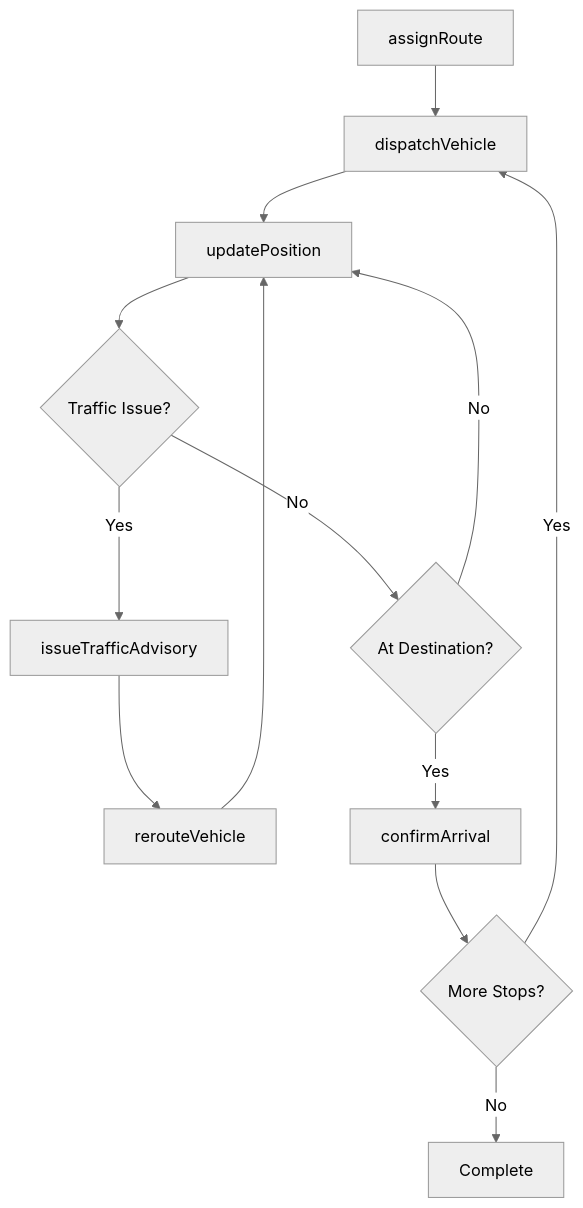
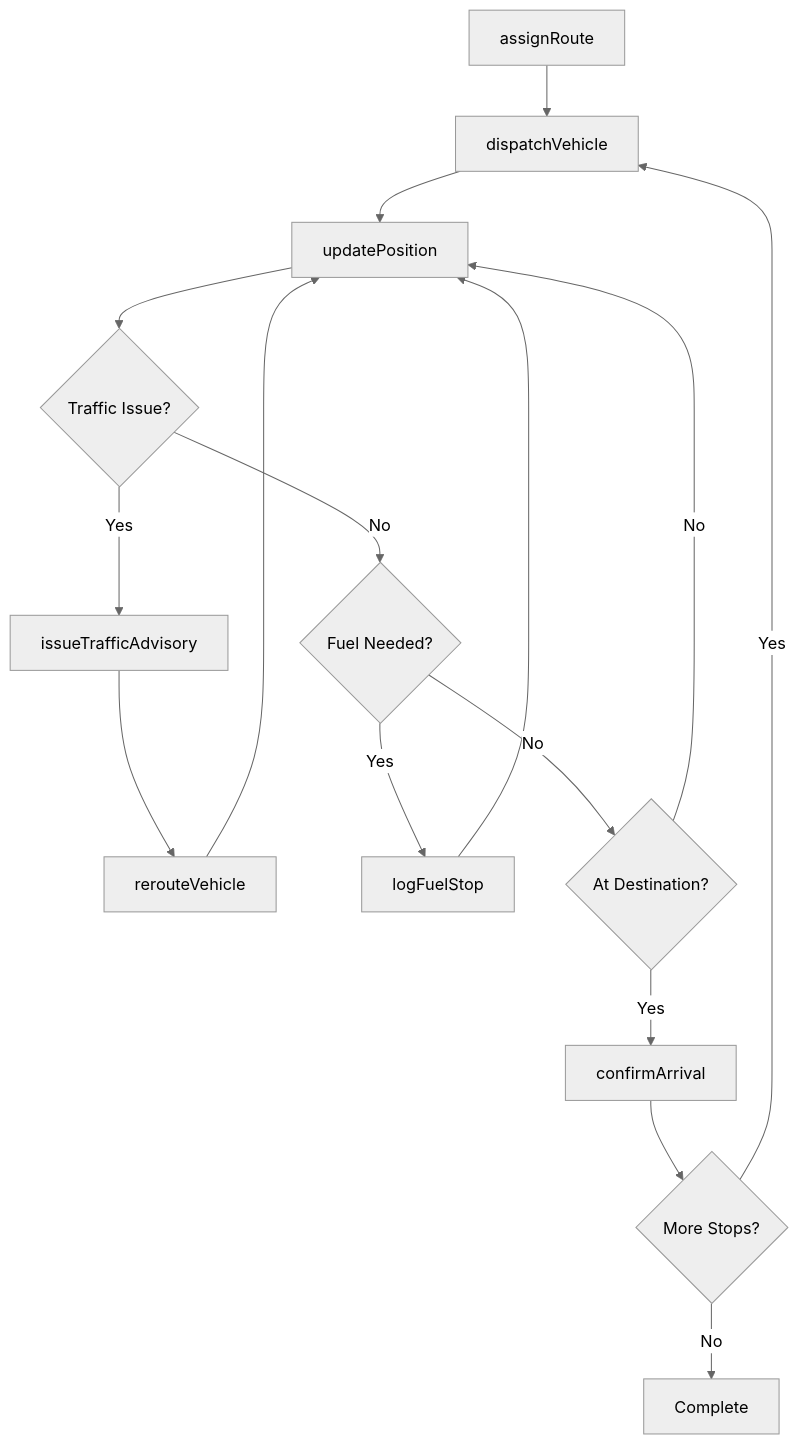
One commit to dot-org-ai/tasks.org.ai changed the third of 4 diagrams in CommunicatingWithSupervisorsPeersOrSubordinates/CommunicateWithOthersAboutOperationalPlansOrActivities/CommunicateOthersCoordinateVehicleMovement.mdx. Above: the diagram before and after it, drawn with Mermaid (neutral theme). The commit also changed other lines of this file and 266 other files, not shown here.

First line of the commit message:
feat: Add ER diagrams, state diagrams to wave 2 batch (251 DWA files)

````diff
--- a/CommunicatingWithSupervisorsPeersOrSubordinates/CommunicateWithOthersAboutOperationalPlansOrActivities/CommunicateOthersCoordinateVehicleMovement.mdx
+++ b/CommunicatingWithSupervisorsPeersOrSubordinates/CommunicateWithOthersAboutOperationalPlansOrActivities/CommunicateOthersCoordinateVehicleMovement.mdx
@@ -86,15 +113,18 @@
 ```mermaid
 graph TD
     A[assignRoute] --> B[dispatchVehicle]
     B --> C[updatePosition]
     C --> D{Traffic Issue?}
     D -->|Yes| E[issueTrafficAdvisory]
     E --> F[rerouteVehicle]
     F --> C
-    D -->|No| G{At Destination?}
-    G -->|No| C
-    G -->|Yes| H[confirmArrival]
-    H --> I{More Stops?}
-    I -->|Yes| B
-    I -->|No| J[Complete]
+    D -->|No| G{Fuel Needed?}
+    G -->|Yes| H[logFuelStop]
+    H --> C
+    G -->|No| I{At Destination?}
+    I -->|No| C
+    I -->|Yes| J[confirmArrival]
+    J --> K{More Stops?}
+    K -->|Yes| B
+    K -->|No| L[Complete]
 ```
````
